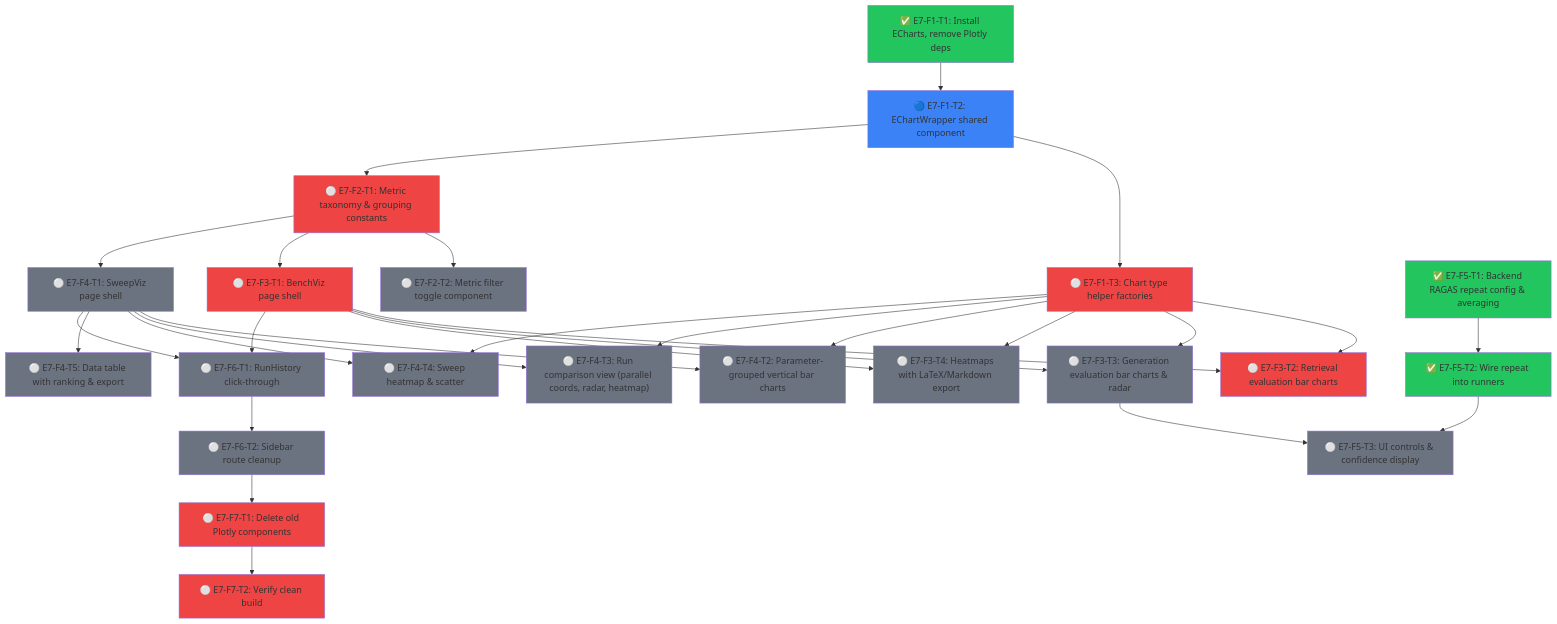
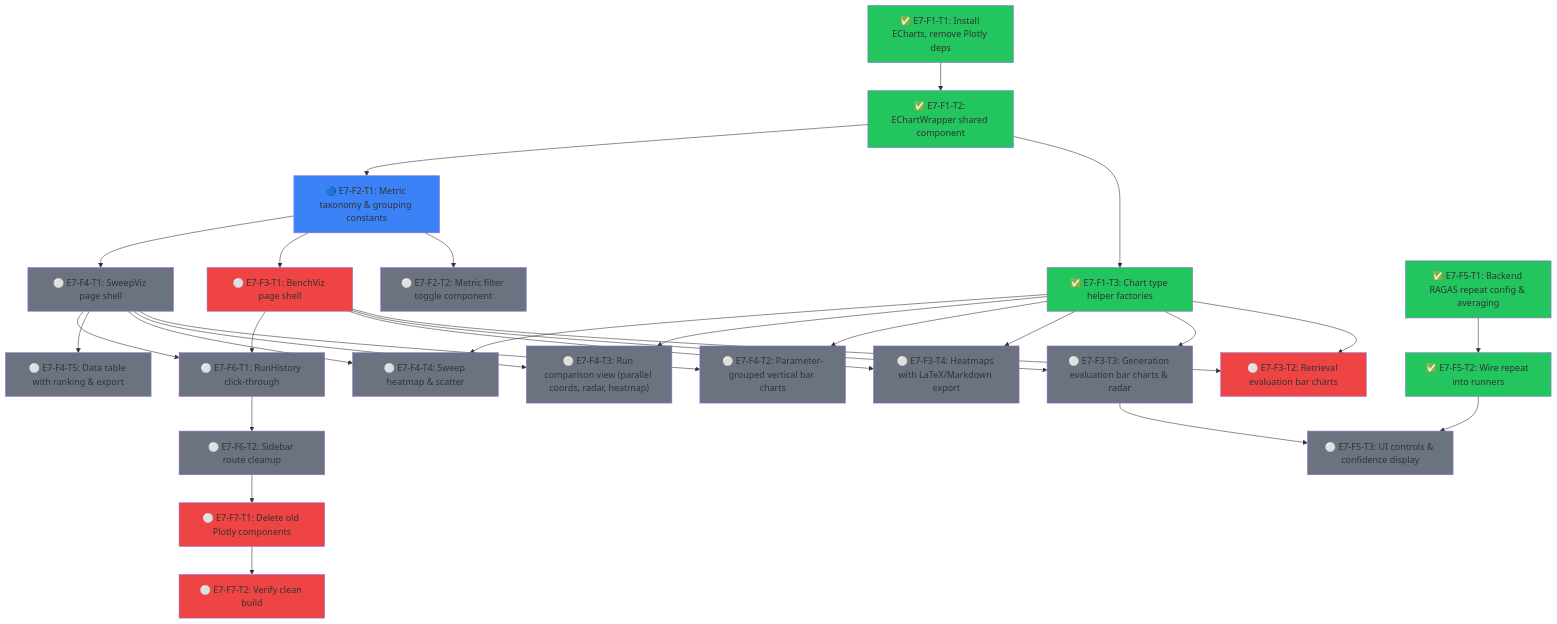
One commit to Vutiot/EvenementsRAG changed the diagram in roadmap-evaluation.md. Above: the diagram before and after it, drawn with Mermaid. The commit also changed other lines of this file and 2 other files, not shown here.

Commit message:
feat(E7-F1-T3): add chart type helper factories for ECharts
Create chartBuilders.ts with 5 factory functions (bar, radar, heatmap,
parallel coordinates, boxplot) and 3 utilities (colorScale,
formatMetricValue, metricDisplayName). Pure option builders returning
EChartsOption objects for all downstream visualization tasks.

````diff
--- a/roadmap-evaluation.md
+++ b/roadmap-evaluation.md
@@ -15,10 +15,10 @@
 ```mermaid
 graph TD
   E7F1T1["✅ E7-F1-T1: Install ECharts, remove Plotly deps"]
-  E7F1T2["🔵 E7-F1-T2: EChartWrapper shared component"]
-  E7F1T3["⚪ E7-F1-T3: Chart type helper factories"]
+  E7F1T2["✅ E7-F1-T2: EChartWrapper shared component"]
+  E7F1T3["✅ E7-F1-T3: Chart type helper factories"]
 
-  E7F2T1["⚪ E7-F2-T1: Metric taxonomy & grouping constants"]
+  E7F2T1["🔵 E7-F2-T1: Metric taxonomy & grouping constants"]
   E7F2T2["⚪ E7-F2-T2: Metric filter toggle component"]
 
   E7F3T1["⚪ E7-F3-T1: BenchViz page shell"]
@@ -76,9 +76,9 @@
   E7F7T1 --> E7F7T2
 
   style E7F1T1 fill:#22c55e
-  style E7F1T2 fill:#3b82f6
-  style E7F1T3 fill:#ef4444
-  style E7F2T1 fill:#ef4444
+  style E7F1T2 fill:#22c55e
+  style E7F1T3 fill:#22c55e
+  style E7F2T1 fill:#3b82f6
   style E7F2T2 fill:#6b7280
   style E7F3T1 fill:#ef4444
   style E7F3T2 fill:#ef4444
````
